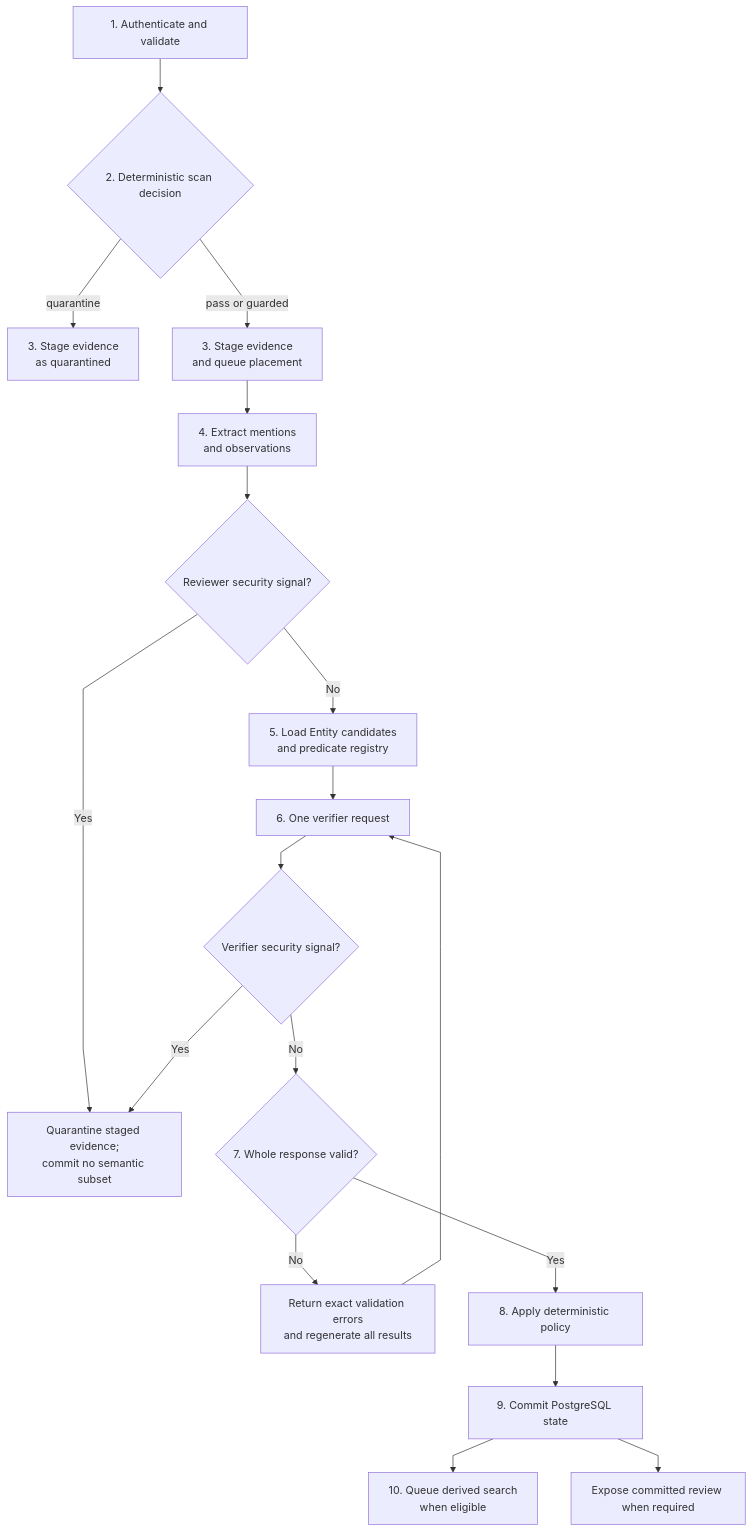
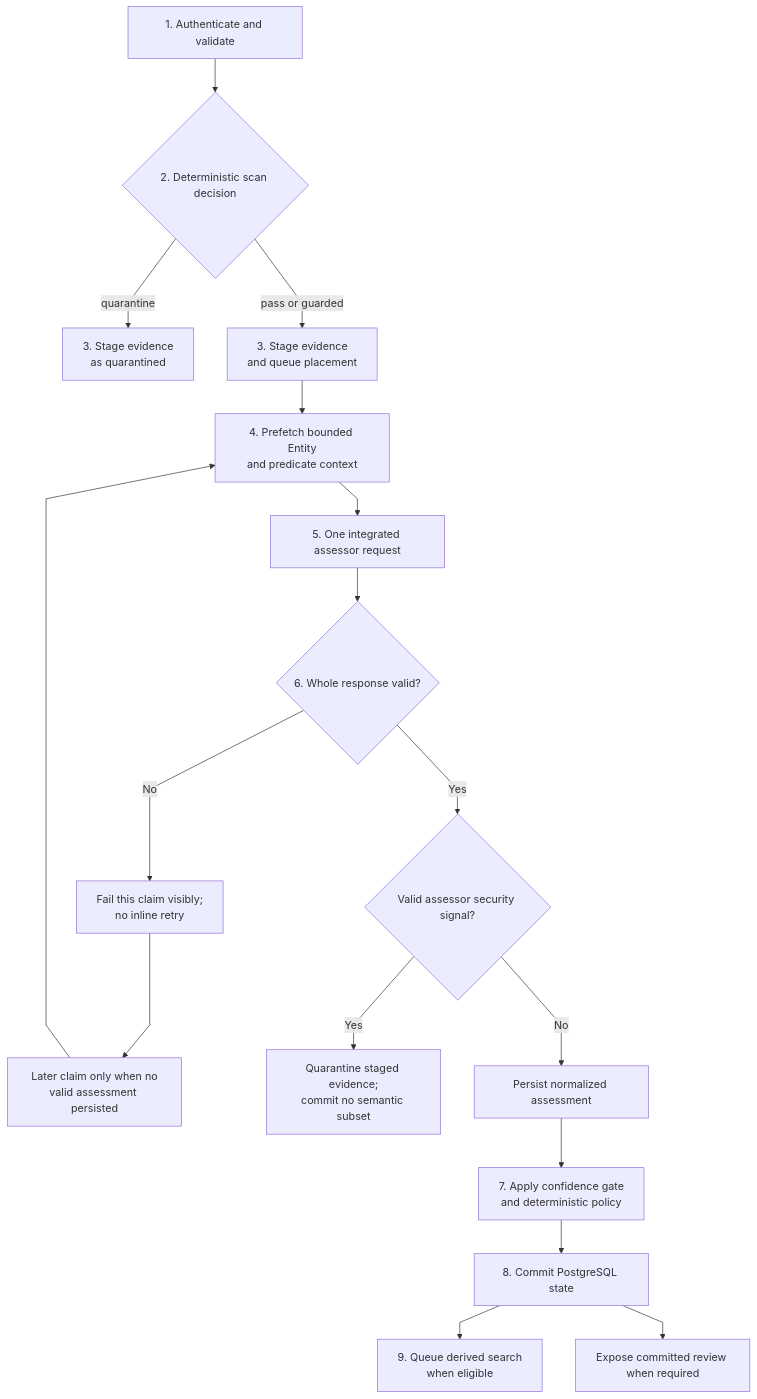
The first of 14 diagrams in Write-Pipeline.md (markhuangai/dense-mem), drawn with Mermaid before and after one commit. The commit also changed other lines of this file and 24 other files, not shown here.

Commit message:
Document V2.4 one-call placement architecture

````diff
--- a/Write-Pipeline.md
+++ b/Write-Pipeline.md
@@ -21,21 +21,20 @@
 ```mermaid
 %%{init: {"flowchart": {"curve": "linear"}}}%%
 flowchart TD
   Request["1. Authenticate and validate"] --> Guard{"2. Deterministic scan decision"}
   Guard -- quarantine --> StageQ["3. Stage evidence<br/>as quarantined"]
   Guard -- pass or guarded --> Stage["3. Stage evidence<br/>and queue placement"]
-  Stage --> Extract["4. Extract mentions<br/>and observations"]
-  Extract --> ExtractSignal{"Reviewer security signal?"}
-  ExtractSignal -- Yes --> Q["Quarantine staged evidence;<br/>commit no semantic subset"]
-  ExtractSignal -- No --> Context["5. Load Entity candidates<br/>and predicate registry"]
-  Context --> Verify["6. One verifier request"]
-  Verify --> VerifySignal{"Verifier security signal?"}
-  VerifySignal -- Yes --> Q
-  VerifySignal -- No --> Contract{"7. Whole response valid?"}
-  Contract -- No --> Regenerate["Return exact validation errors<br/>and regenerate all results"]
-  Regenerate --> Verify
-  Contract -- Yes --> Decide["8. Apply deterministic policy"]
-  Decide --> Commit["9. Commit PostgreSQL state"]
-  Commit --> Search["10. Queue derived search<br/>when eligible"]
+  Stage --> Context["4. Prefetch bounded Entity<br/>and predicate context"]
+  Context --> Assess["5. One integrated assessor request"]
+  Assess --> Contract{"6. Whole response valid?"}
+  Contract -- No --> Retry["Fail this claim visibly;<br/>no inline retry"]
+  Retry --> Later["Later claim only when no<br/>valid assessment persisted"]
+  Later --> Context
+  Contract -- Yes --> Signal{"Valid assessor security signal?"}
+  Signal -- Yes --> Q["Quarantine staged evidence;<br/>commit no semantic subset"]
+  Signal -- No --> Persist["Persist normalized assessment"]
+  Persist --> Decide["7. Apply confidence gate<br/>and deterministic policy"]
+  Decide --> Commit["8. Commit PostgreSQL state"]
+  Commit --> Search["9. Queue derived search<br/>when eligible"]
   Commit --> Review["Expose committed review when required"]
 ```
````
